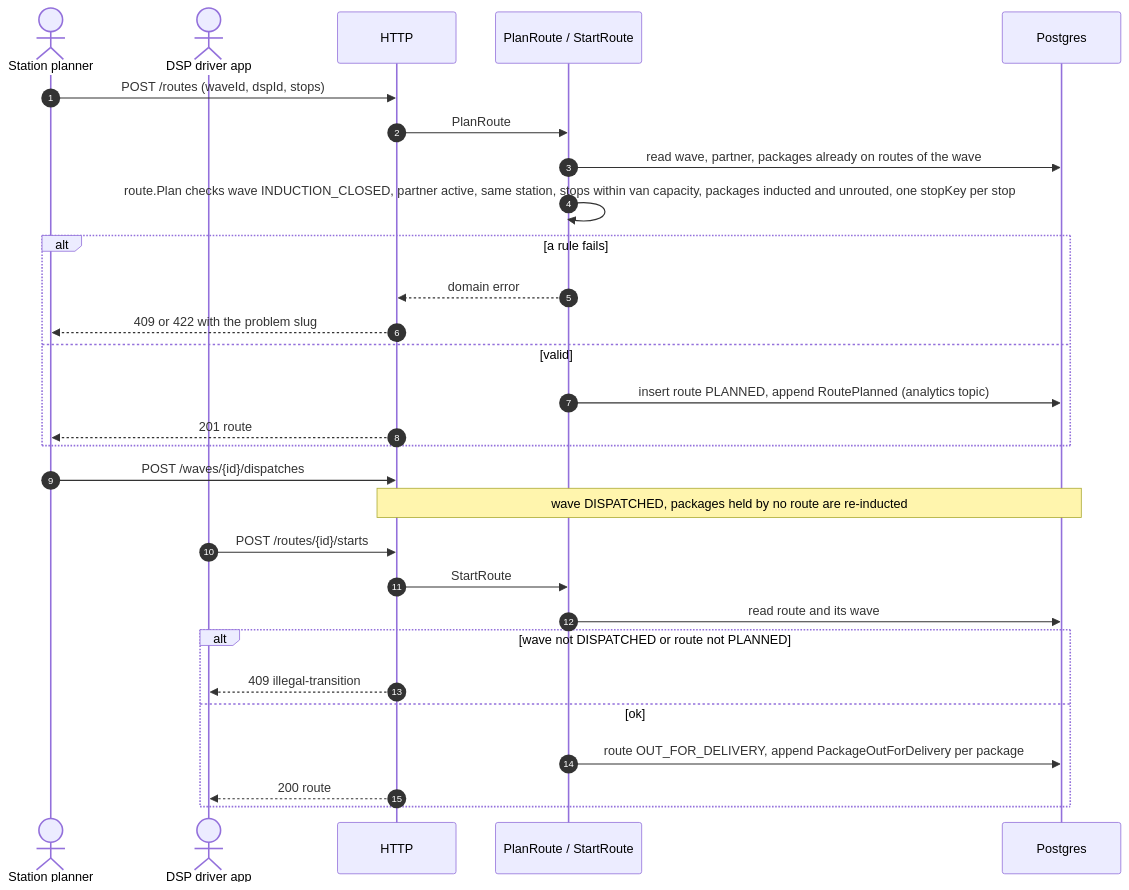
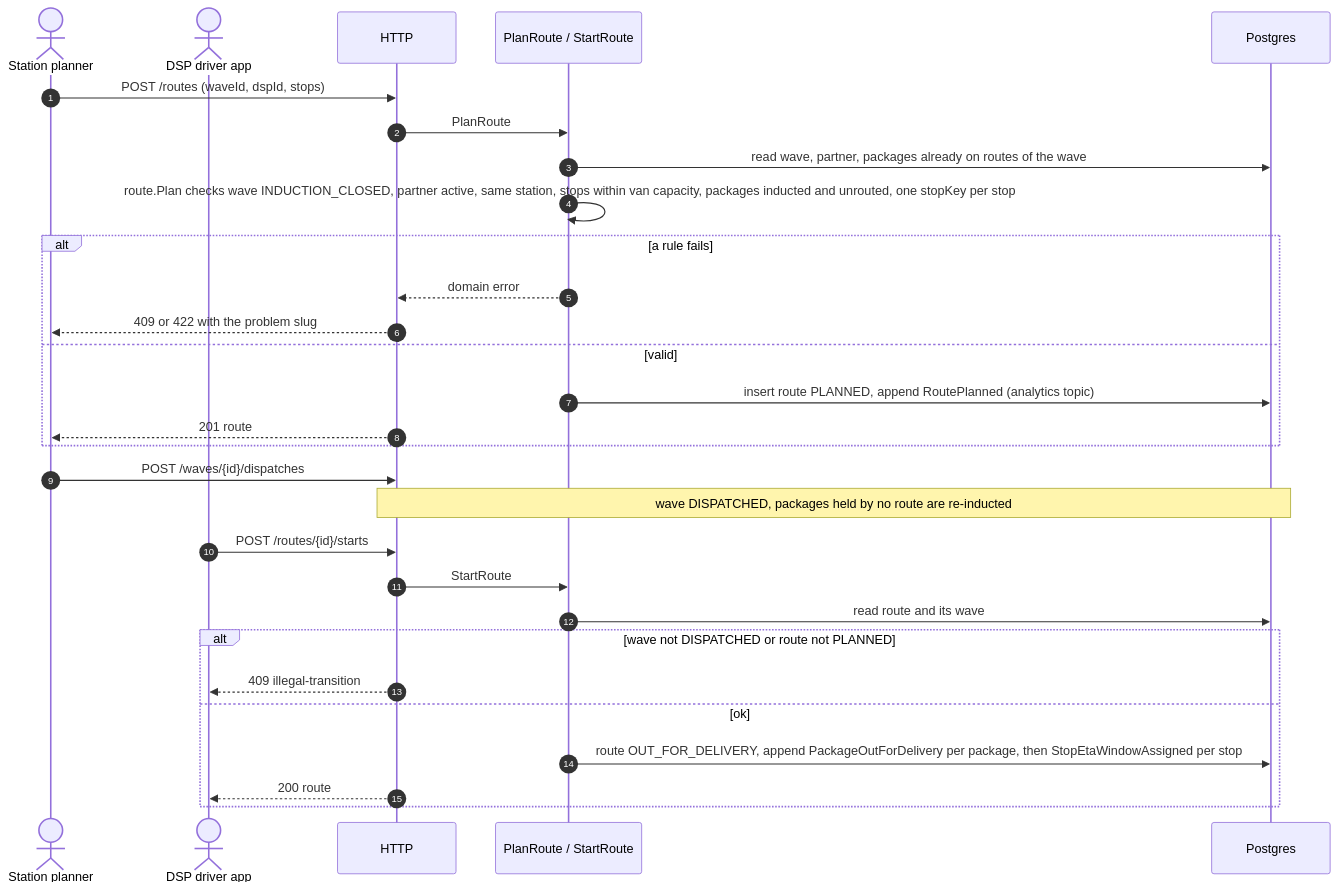
Before and after one commit to IQVO/last-mile-delivery: the third of 6 diagrams in docs/docs/ddd/sequence-diagrams.md, drawn with Mermaid. The commit also changed other lines of this file and 70 other files, not shown here.

First line of the commit message:
feat(route): stop ETA windows at route start (E3, ADR 0013) (#56)

````diff
--- a/docs/docs/ddd/sequence-diagrams.md
+++ b/docs/docs/ddd/sequence-diagrams.md
@@ -85,31 +85,31 @@
 ```mermaid
 sequenceDiagram
     autonumber
     actor SP as Station planner
     actor Driver as DSP driver app
     participant HTTP
     participant UC as PlanRoute / StartRoute
     participant DB as Postgres
     SP->>HTTP: POST /routes (waveId, dspId, stops)
     HTTP->>UC: PlanRoute
     UC->>DB: read wave, partner, packages already on routes of the wave
     UC->>UC: route.Plan checks wave INDUCTION_CLOSED, partner active, same station, stops within van capacity, packages inducted and unrouted, one stopKey per stop
     alt a rule fails
         UC-->>HTTP: domain error
         HTTP-->>SP: 409 or 422 with the problem slug
     else valid
         UC->>DB: insert route PLANNED, append RoutePlanned (analytics topic)
         HTTP-->>SP: 201 route
     end
     SP->>HTTP: POST /waves/{id}/dispatches
     Note over HTTP,DB: wave DISPATCHED, packages held by no route are re-inducted
     Driver->>HTTP: POST /routes/{id}/starts
     HTTP->>UC: StartRoute
     UC->>DB: read route and its wave
     alt wave not DISPATCHED or route not PLANNED
         HTTP-->>Driver: 409 illegal-transition
     else ok
-        UC->>DB: route OUT_FOR_DELIVERY, append PackageOutForDelivery per package
+        UC->>DB: route OUT_FOR_DELIVERY, append PackageOutForDelivery per package, then StopEtaWindowAssigned per stop
         HTTP-->>Driver: 200 route
     end
 ```
````
